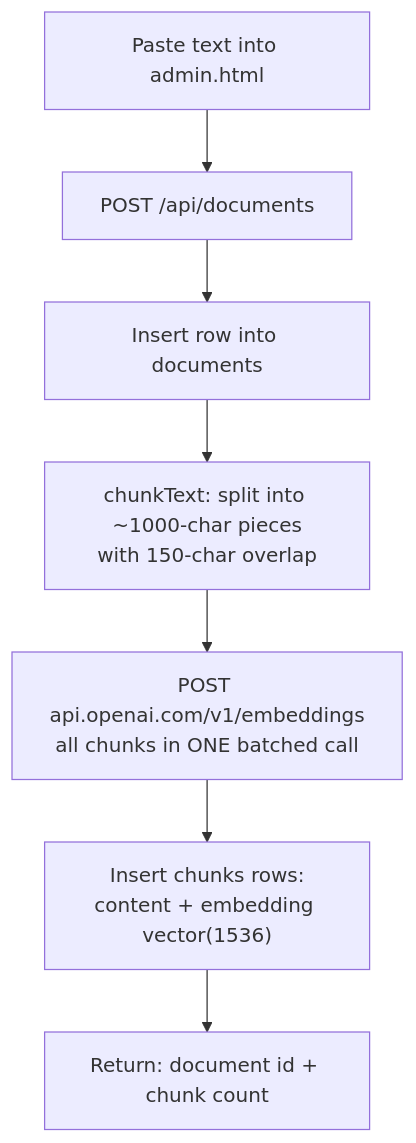
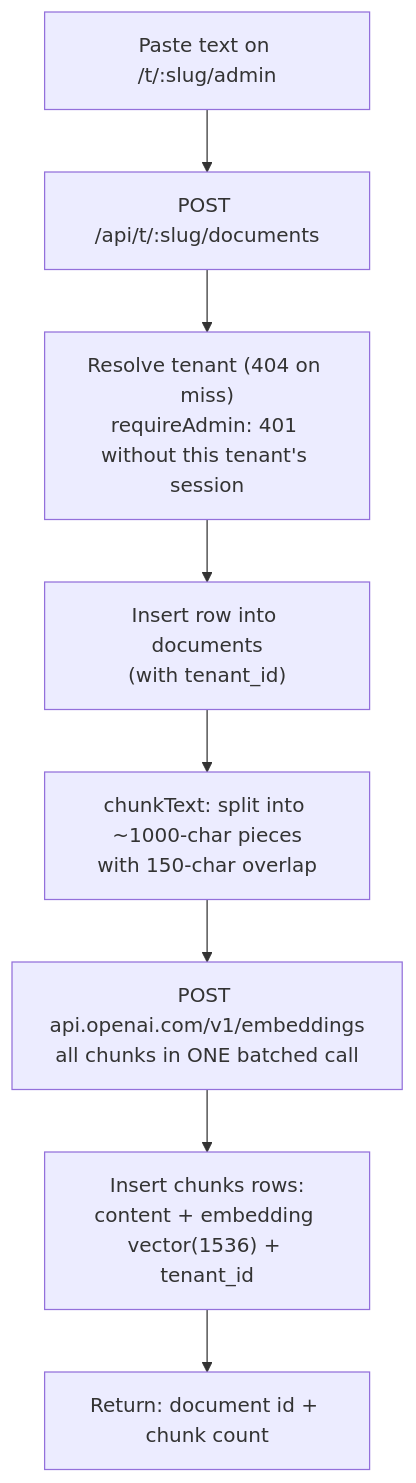
Before and after one commit to jenerdev/rag-chatbot-poc: the first of 2 diagrams in architecture.md, drawn with Mermaid. The commit also changed other lines of this file and 8 other files, not shown here.

````diff
--- a/architecture.md
+++ b/architecture.md
@@ -94,9 +108,10 @@
 ```mermaid
 flowchart TD
-    A["Paste text into admin.html"] --> B["POST /api/documents"]
-    B --> C["Insert row into documents"]
+    A["Paste text on /t/:slug/admin"] --> B["POST /api/t/:slug/documents"]
+    B --> T["Resolve tenant (404 on miss)<br/>requireAdmin: 401 without this tenant's session"]
+    T --> C["Insert row into documents<br/>(with tenant_id)"]
     C --> D["chunkText: split into ~1000-char pieces<br/>with 150-char overlap"]
     D --> E["POST api.openai.com/v1/embeddings<br/>all chunks in ONE batched call"]
-    E --> F["Insert chunks rows:<br/>content + embedding vector(1536)"]
+    E --> F["Insert chunks rows:<br/>content + embedding vector(1536) + tenant_id"]
     F --> G["Return: document id + chunk count"]
 ```
````
